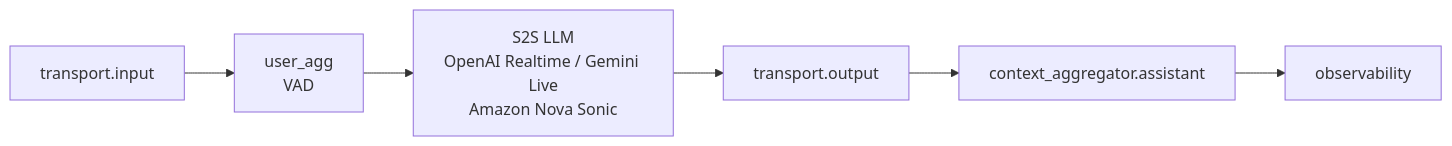
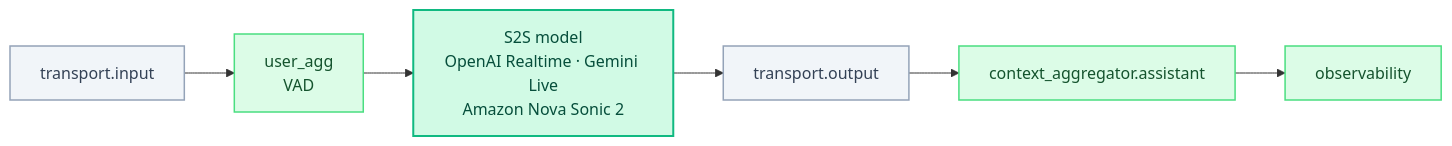
One commit to kobikis/turncall changed the fourth of 6 diagrams in docs/architecture.mdx. Above: the diagram before and after it, drawn with Mermaid. The commit also changed other lines of this file and 6 other files, not shown here.

````diff
--- a/docs/architecture.mdx
+++ b/docs/architecture.mdx
@@ -120,8 +129,17 @@
 ```mermaid
 flowchart LR
     IN["transport.input"] --> UA["user_agg<br/>VAD"]
-    UA --> S2S["S2S LLM<br/>OpenAI Realtime / Gemini Live<br/>Amazon Nova Sonic"]
+    UA --> S2S["S2S model<br/>OpenAI Realtime · Gemini Live<br/>Amazon Nova Sonic 2"]
     S2S --> OUT["transport.output"]
     OUT --> ASST["context_aggregator.assistant"]
     ASST --> OBS["observability"]
+
+    classDef client fill:#dbeafe,stroke:#60a5fa,stroke-width:1.5px,color:#1e3a8a
+    classDef vendor fill:#f1f5f9,stroke:#94a3b8,stroke-width:1.5px,color:#334155
+    classDef core fill:#dcfce7,stroke:#4ade80,stroke-width:1.5px,color:#14532d
+    classDef store fill:#fef3c7,stroke:#fbbf24,stroke-width:1.5px,color:#78350f
+    classDef fast fill:#d1fae5,stroke:#10b981,stroke-width:2px,color:#064e3b
+    class IN,OUT vendor
+    class UA,ASST,OBS core
+    class S2S fast
 ```
````
